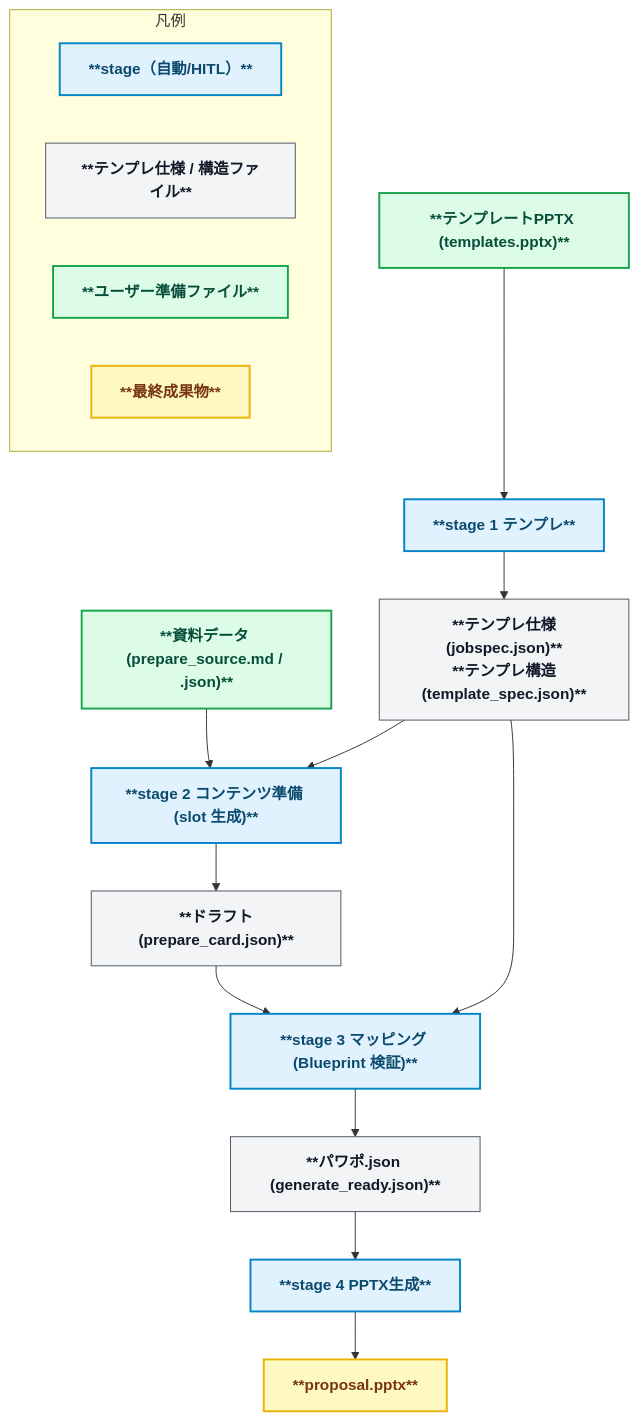
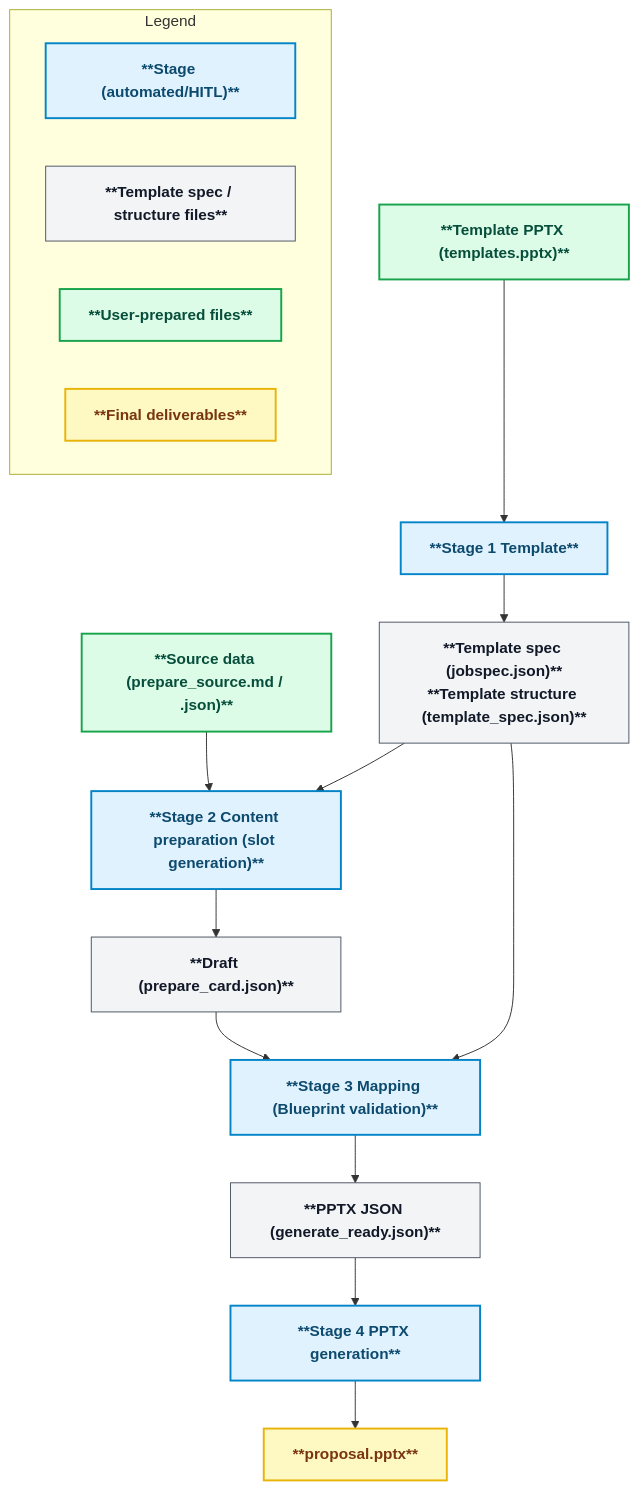
The second of 2 diagrams in README.en.md (yurake/pptx_generator), drawn with Mermaid before and after one commit. The commit also changed other lines of this file and 1 other file, not shown here.

Commit message:
docs(readme): localize mermaid labels

````diff
--- a/README.en.md
+++ b/README.en.md
@@ -101,36 +101,36 @@
 ```mermaid
 flowchart TD
   %% ======= Styles =======
   classDef stage fill:#e0f2fe,stroke:#0284c7,stroke-width:2px,color:#0c4a6e,font-weight:bold;
   classDef file fill:#f3f4f6,stroke:#4b5563,stroke-width:1px,color:#111827,font-weight:bold;
   classDef userfile fill:#dcfce7,stroke:#16a34a,stroke-width:2px,color:#064e3b,font-weight:bold;
   classDef final fill:#fef9c3,stroke:#eab308,stroke-width:2px,color:#78350f,font-weight:bold;
 
   %% ======= Stage 1 =======
-  TmplStatic["**テンプレートPPTX (templates.pptx)**"]:::userfile --> S1Static["**stage 1 テンプレ**"]:::stage
-  S1Static --> SpecStatic["**テンプレ仕様(jobspec.json)**<br/>**テンプレ構造(template_spec.json)**"]:::file
+  TmplStatic["**Template PPTX (templates.pptx)**"]:::userfile --> S1Static["**Stage 1 Template**"]:::stage
+  S1Static --> SpecStatic["**Template spec (jobspec.json)**<br/>**Template structure (template_spec.json)**"]:::file
 
   %% ======= Stage 2 =======
-  PrepareStatic["**資料データ (prepare_source.md / .json)**"]:::userfile --> S2Static["**stage 2 コンテンツ準備 (slot 生成)**"]:::stage
+  PrepareStatic["**Source data (prepare_source.md / .json)**"]:::userfile --> S2Static["**Stage 2 Content preparation (slot generation)**"]:::stage
   SpecStatic --> S2Static
-  S2Static --> PrepareCardsStatic["**ドラフト(prepare_card.json)**"]:::file
+  S2Static --> PrepareCardsStatic["**Draft (prepare_card.json)**"]:::file
   PrepareCardsStatic --> S3Static
 
   %% ======= Stage 3 =======
-  S3Static["**stage 3 マッピング (Blueprint 検証)**"]:::stage
+  S3Static["**Stage 3 Mapping (Blueprint validation)**"]:::stage
   SpecStatic --> S3Static
-  S3Static --> ReadyStatic["**パワポ.json (generate_ready.json)**"]:::file
+  S3Static --> ReadyStatic["**PPTX JSON (generate_ready.json)**"]:::file
 
   %% ======= Stage 4 =======
-  ReadyStatic --> S4Static["**stage 4 PPTX生成**"]:::stage
+  ReadyStatic --> S4Static["**Stage 4 PPTX generation**"]:::stage
   S4Static --> PPTXStatic["**proposal.pptx**"]:::final
 
   %% ======= Legend =======
-  subgraph LegendStatic[凡例]
+  subgraph LegendStatic[Legend]
     direction LR
-    B1["**stage（自動/HITL）**"]:::stage
-    B2["**テンプレ仕様 / 構造ファイル**"]:::file
-    B3["**ユーザー準備ファイル**"]:::userfile
-    B4["**最終成果物**"]:::final
+    B1["**Stage (automated/HITL)**"]:::stage
+    B2["**Template spec / structure files**"]:::file
+    B3["**User-prepared files**"]:::userfile
+    B4["**Final deliverables**"]:::final
   end
 ```
````
